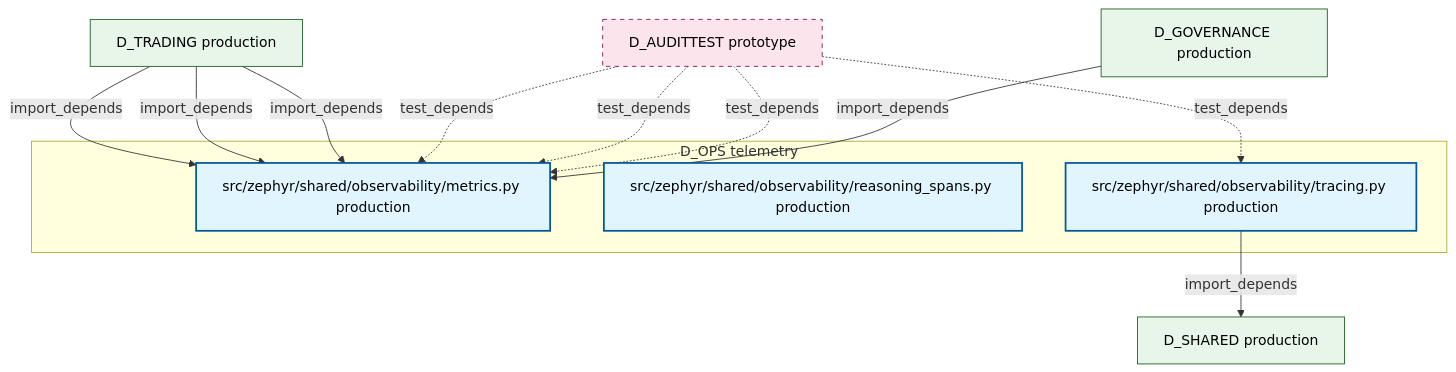
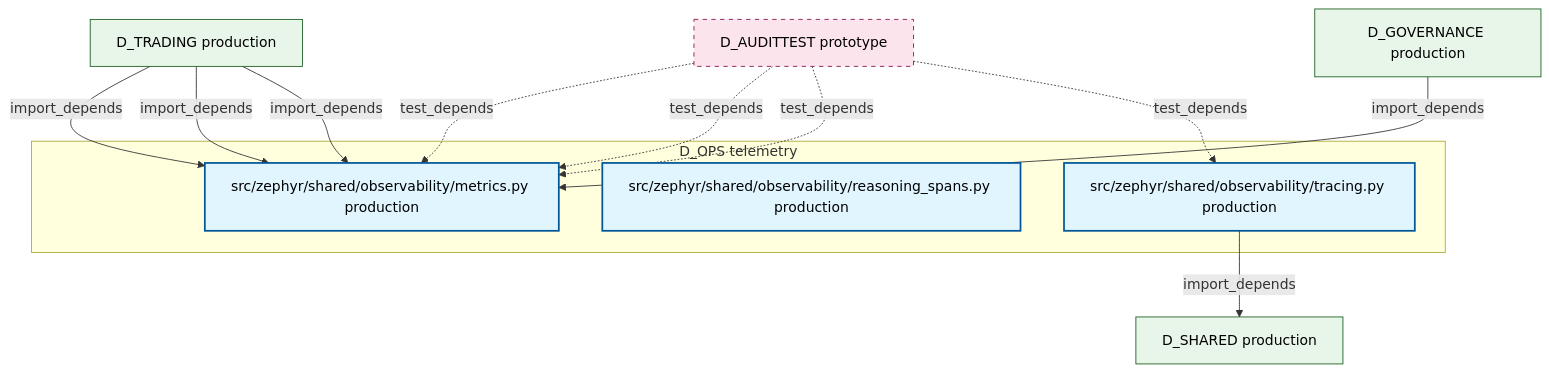
The diagram in docs/02_enterprise_architecture/02_domain_architecture_docs/15_d_ops.md (xuanFelixVan/ZephyrAlpha), drawn with Mermaid before and after one commit. The commit also changed other lines of this file and 99 other files, not shown here.

````diff
--- a/docs/02_enterprise_architecture/02_domain_architecture_docs/15_d_ops.md
+++ b/docs/02_enterprise_architecture/02_domain_architecture_docs/15_d_ops.md
@@ -47,28 +47,28 @@
 ```mermaid
 graph TD
     subgraph D_OPS["D_OPS telemetry"]
         src_zephyr_shared_observability_metrics_py["src/zephyr/shared/observability/metrics.py production"]
         src_zephyr_shared_observability_reasoning_spans_py["src/zephyr/shared/observability/reasoning_spans.py production"]
         src_zephyr_shared_observability_tracing_py["src/zephyr/shared/observability/tracing.py production"]
     end
     D_SHARED["D_SHARED production"]
     src_zephyr_shared_observability_tracing_py -->|import_depends| D_SHARED
+    D_TRADING["D_TRADING production"]
+    D_TRADING -->|import_depends| src_zephyr_shared_observability_metrics_py
+    D_AUDITTEST["D_AUDITTEST prototype"]
+    D_AUDITTEST -.->|test_depends| src_zephyr_shared_observability_tracing_py
     D_GOVERNANCE["D_GOVERNANCE production"]
     D_GOVERNANCE -->|import_depends| src_zephyr_shared_observability_metrics_py
-    D_AUDITTEST["D_AUDITTEST prototype"]
     D_AUDITTEST -.->|test_depends| src_zephyr_shared_observability_metrics_py
     D_AUDITTEST -.->|test_depends| src_zephyr_shared_observability_metrics_py
     D_AUDITTEST -.->|test_depends| src_zephyr_shared_observability_metrics_py
-    D_TRADING["D_TRADING production"]
     D_TRADING -->|import_depends| src_zephyr_shared_observability_metrics_py
     D_TRADING -->|import_depends| src_zephyr_shared_observability_metrics_py
-    D_TRADING -->|import_depends| src_zephyr_shared_observability_metrics_py
-    D_AUDITTEST -.->|test_depends| src_zephyr_shared_observability_tracing_py
     classDef production fill:#e1f5fe,stroke:#01579b,stroke-width:2px,color:#000
     classDef design fill:#fff3e0,stroke:#e65100,stroke-width:2px,color:#000,stroke-dasharray: 5 5
     classDef external_prod fill:#e8f5e9,stroke:#1b5e20,stroke-width:1px,color:#000
     classDef external_design fill:#fce4ec,stroke:#880e4f,stroke-width:1px,color:#000,stroke-dasharray: 5 5
     class src_zephyr_shared_observability_metrics_py,src_zephyr_shared_observability_reasoning_spans_py,src_zephyr_shared_observability_tracing_py production
-    class D_SHARED,D_GOVERNANCE,D_TRADING external_prod
+    class D_SHARED,D_TRADING,D_GOVERNANCE external_prod
     class D_AUDITTEST external_design
 ```
````
